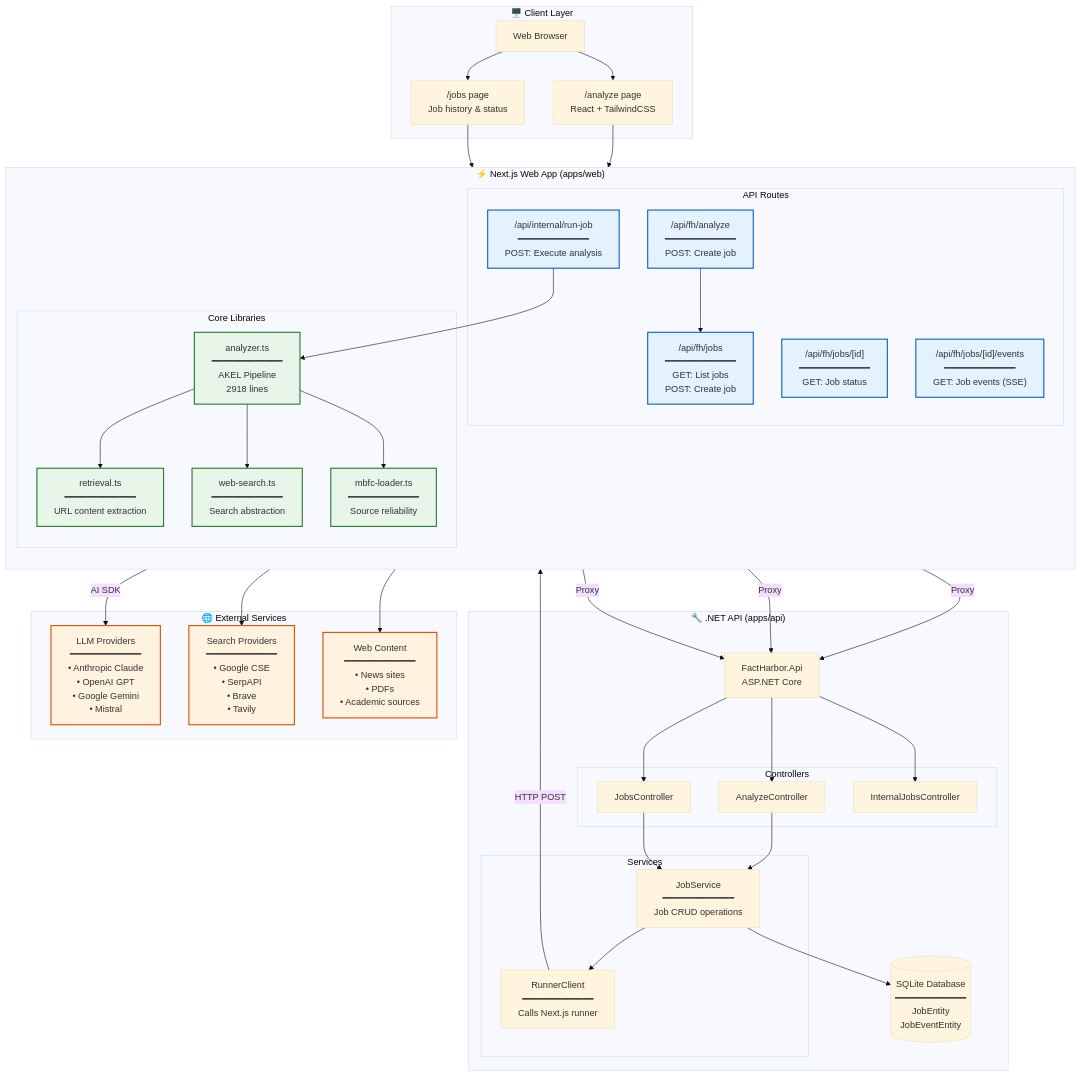
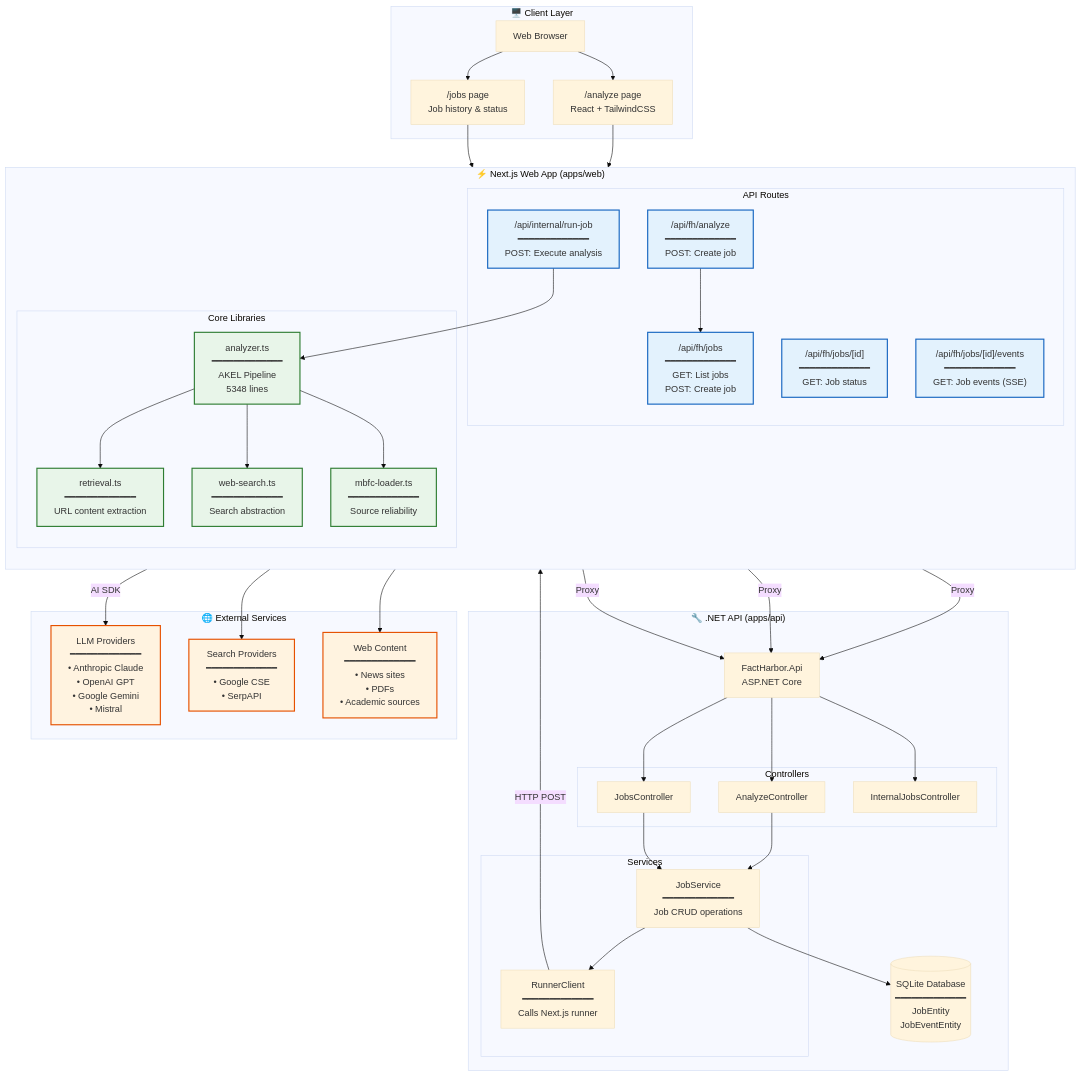
Before and after one commit to robertschaub/FactHarbor: the fourth of 8 diagrams in Docs/FactHarbor POC1 Architecture Analysis.md, drawn with Mermaid (base theme). The commit also changed other lines of this file and 6 other files, not shown here.

```diff
--- a/Docs/FactHarbor POC1 Architecture Analysis.md
+++ b/Docs/FactHarbor POC1 Architecture Analysis.md
@@ -319,7 +334,7 @@
         end
 
         subgraph Lib["Core Libraries"]
-            ANALYZER["analyzer.ts<br/>━━━━━━━━━━━━━<br/>AKEL Pipeline<br/>2918 lines"]
+            ANALYZER["analyzer.ts<br/>━━━━━━━━━━━━━<br/>AKEL Pipeline<br/>5348 lines"]
             RETRIEVAL["retrieval.ts<br/>━━━━━━━━━━━━━<br/>URL content extraction"]
             WEBSEARCH["web-search.ts<br/>━━━━━━━━━━━━━<br/>Search abstraction"]
             MBFC["mbfc-loader.ts<br/>━━━━━━━━━━━━━<br/>Source reliability"]
@@ -345,7 +360,7 @@
 
     subgraph External["🌐 External Services"]
         LLM_PROVIDERS["LLM Providers<br/>━━━━━━━━━━━━━<br/>• Anthropic Claude<br/>• OpenAI GPT<br/>• Google Gemini<br/>• Mistral"]
-        SEARCH_PROVIDERS["Search Providers<br/>━━━━━━━━━━━━━<br/>• Google CSE<br/>• SerpAPI<br/>• Brave<br/>• Tavily"]
+        SEARCH_PROVIDERS["Search Providers<br/>━━━━━━━━━━━━━<br/>• Google CSE<br/>• SerpAPI"]
         WEB["Web Content<br/>━━━━━━━━━━━━━<br/>• News sites<br/>• PDFs<br/>• Academic sources"]
     end
 
```
